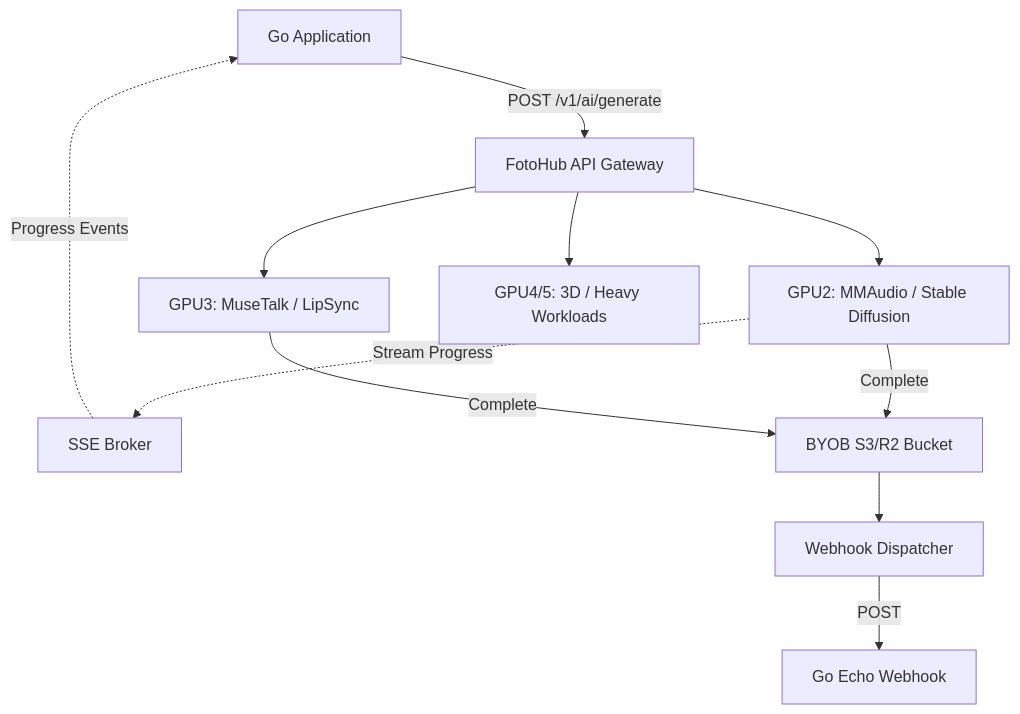
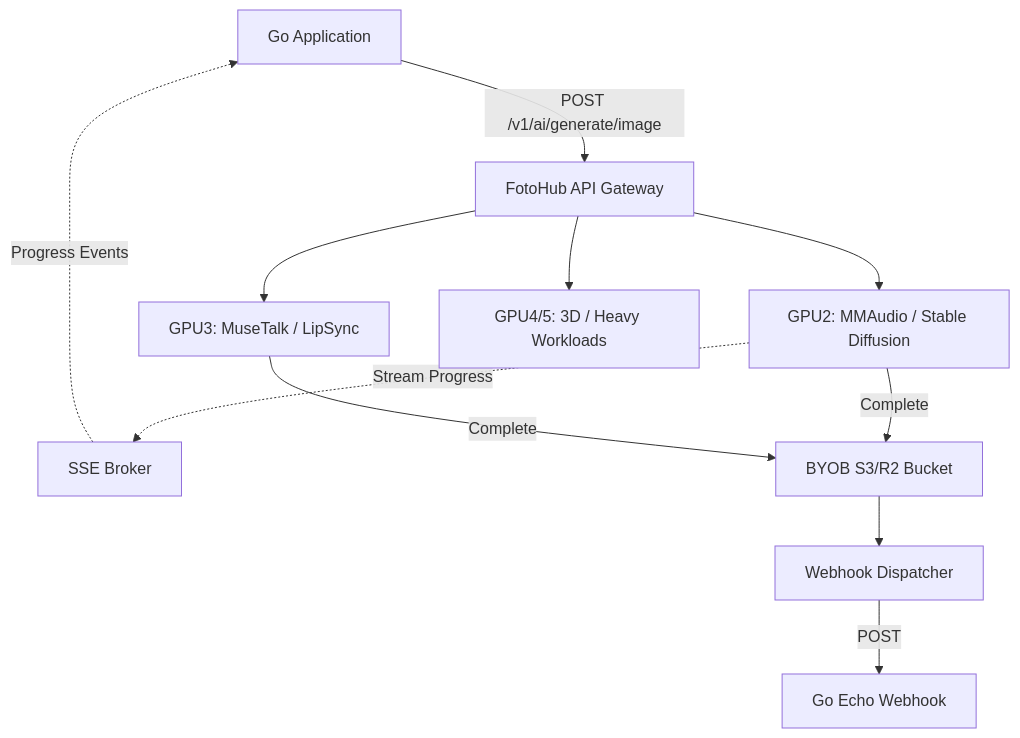
One commit to fotohubapp/docs changed the diagram in sdk/go.md. Above: the diagram before and after it, drawn with Mermaid. The commit also changed other lines of this file and 91 other files, not shown here.

````diff
--- a/sdk/go.md
+++ b/sdk/go.md
@@ -2889,13 +2916,13 @@
 ```mermaid
 flowchart TD
-    Client[Go Application] --> |POST /v1/ai/generate| API[FotoHub API Gateway]
+    Client[Go Application] --> |POST /v1/ai/generate/image| API[FotoHub API Gateway]
     API --> GPU2[GPU2: MMAudio / Stable Diffusion]
     API --> GPU3[GPU3: MuseTalk / LipSync]
     API --> GPU4[GPU4/5: 3D / Heavy Workloads]
     GPU2 -.-> |Stream Progress| SSE[SSE Broker]
     SSE -.-> |Progress Events| Client
     GPU2 --> |Complete| S3[BYOB S3/R2 Bucket]
     GPU3 --> |Complete| S3
     S3 --> Webhook[Webhook Dispatcher]
     Webhook --> |POST| ClientCallback[Go Echo Webhook]
 ```
````
